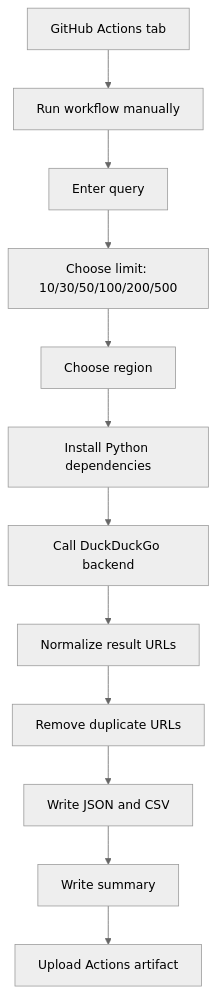
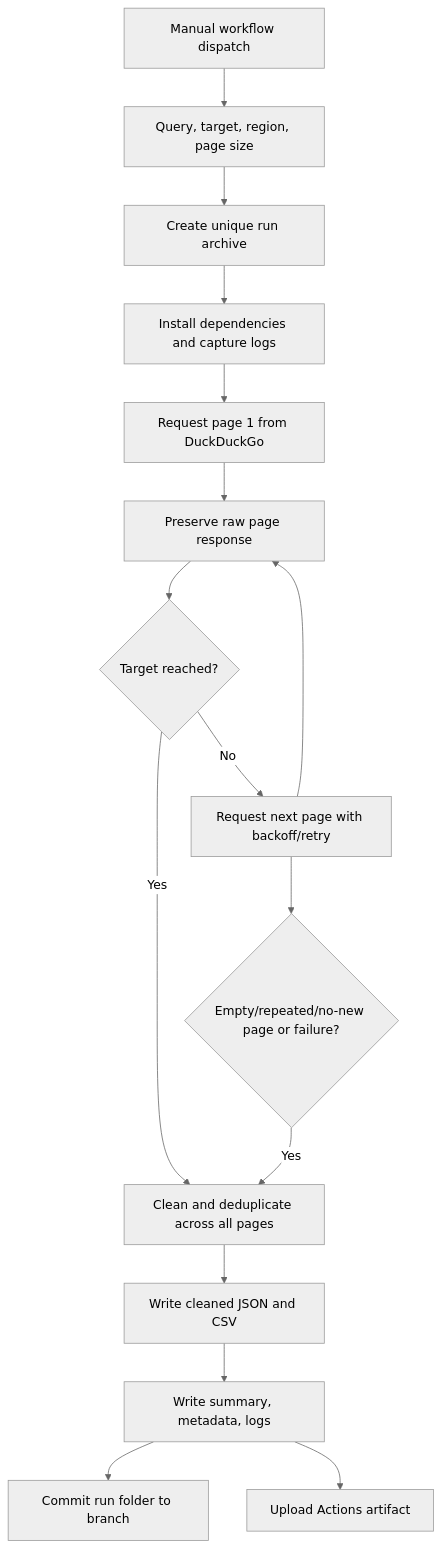
One commit to anuxlab/web-search-engine-pipeline changed the diagram in docs/ARCHITECTURE.md. Above: the diagram before and after it, drawn with Mermaid (neutral theme). The commit also changed other lines of this file and 9 other files, not shown here.

````diff
--- a/docs/ARCHITECTURE.md
+++ b/docs/ARCHITECTURE.md
@@ -11,14 +5,18 @@
 ```mermaid
 flowchart TD
-    A[GitHub Actions tab] --> B[Run workflow manually]
-    B --> C[Enter query]
-    C --> D[Choose limit: 10/30/50/100/200/500]
-    D --> E[Choose region]
-    E --> F[Install Python dependencies]
-    F --> G[Call DuckDuckGo backend]
-    G --> H[Normalize result URLs]
-    H --> I[Remove duplicate URLs]
-    I --> J[Write JSON and CSV]
-    J --> K[Write summary]
-    K --> L[Upload Actions artifact]
+  A[Manual workflow dispatch] --> B[Query, target, region, page size]
+  B --> C[Create unique run archive]
+  C --> D[Install dependencies and capture logs]
+  D --> E[Request page 1 from DuckDuckGo]
+  E --> F[Preserve raw page response]
+  F --> G{Target reached?}
+  G -- No --> H[Request next page with backoff/retry]
+  H --> F
+  G -- Yes --> I[Clean and deduplicate across all pages]
+  H --> J{Empty/repeated/no-new page or failure?}
+  J -- Yes --> I
+  I --> K[Write cleaned JSON and CSV]
+  K --> L[Write summary, metadata, logs]
+  L --> M[Commit run folder to branch]
+  L --> N[Upload Actions artifact]
 ```
````
